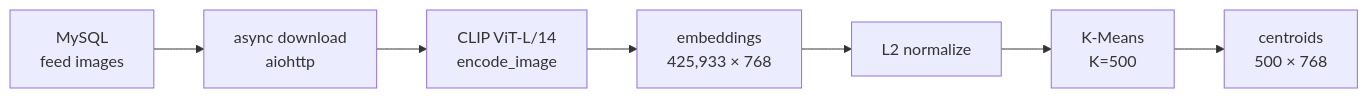
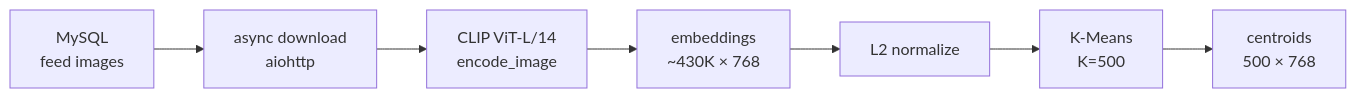
The first of 2 diagrams in projects/inpose.md (Ssopaa/Ssopaa), drawn with Mermaid before and after one commit. The commit also changed other lines of this file and 1 other file, not shown here.

````diff
--- a/projects/inpose.md
+++ b/projects/inpose.md
@@ -34,9 +34,9 @@
 ```mermaid
 flowchart LR
     A[MySQL<br/>feed images] --> B[async download<br/>aiohttp]
     B --> C[CLIP ViT-L/14<br/>encode_image]
-    C --> D[embeddings<br/>425,933 × 768]
+    C --> D[embeddings<br/>~430K × 768]
     D --> E[L2 normalize]
     E --> G[K-Means<br/>K=500]
     G --> H[centroids<br/>500 × 768]
 ```
````
